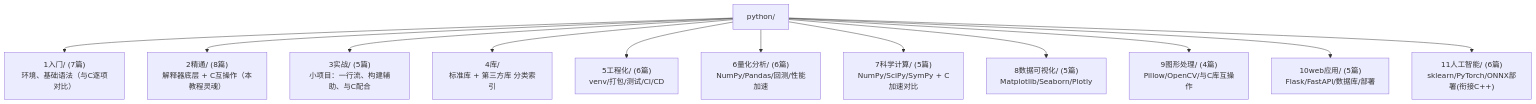
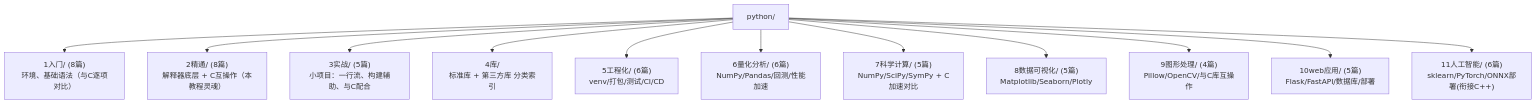
One commit to missercatos/RootStack changed the diagram in python/python目录.md. Above: the diagram before and after it, drawn with Mermaid. The commit also changed other lines of this file and 1 other file, not shown here.

Commit message:
增加python环境配置教程

````diff
--- a/python/python目录.md
+++ b/python/python目录.md
@@ -66,14 +66,14 @@
 ```mermaid
 graph TB
- ROOT["python/"] --> INTRO["1入门/ (7篇)<br/>环境、基础语法（与C逐项对比）"]
+ ROOT["python/"] --> INTRO["1入门/ (8篇)<br/>环境、基础语法（与C逐项对比）"]
  ROOT --> ADV["2精通/ (8篇)<br/>解释器底层 + C互操作（本教程灵魂）"]
  ROOT --> PRACTICE["3实战/ (5篇)<br/>小项目：一行流、构建辅助、与C配合"]
  ROOT --> LIB["4库/<br/>标准库 + 第三方库 分类索引"]
  ROOT --> ENG["5工程化/ (6篇)<br/>venv/打包/测试/CI/CD"]
  ROOT --> QUANT["6量化分析/ (6篇)<br/>NumPy/Pandas/回测/性能加速"]
  ROOT --> SCI["7科学计算/ (5篇)<br/>NumPy/SciPy/SymPy + C加速对比"]
  ROOT --> VIZ["8数据可视化/ (5篇)<br/>Matplotlib/Seaborn/Plotly"]
  ROOT --> GFX["9图形处理/ (4篇)<br/>Pillow/OpenCV/与C库互操作"]
  ROOT --> WEB["10web应用/ (5篇)<br/>Flask/FastAPI/数据库/部署"]
  ROOT --> AI["11人工智能/ (6篇)<br/>sklearn/PyTorch/ONNX部署(衔接C++)"]
 ```
````
